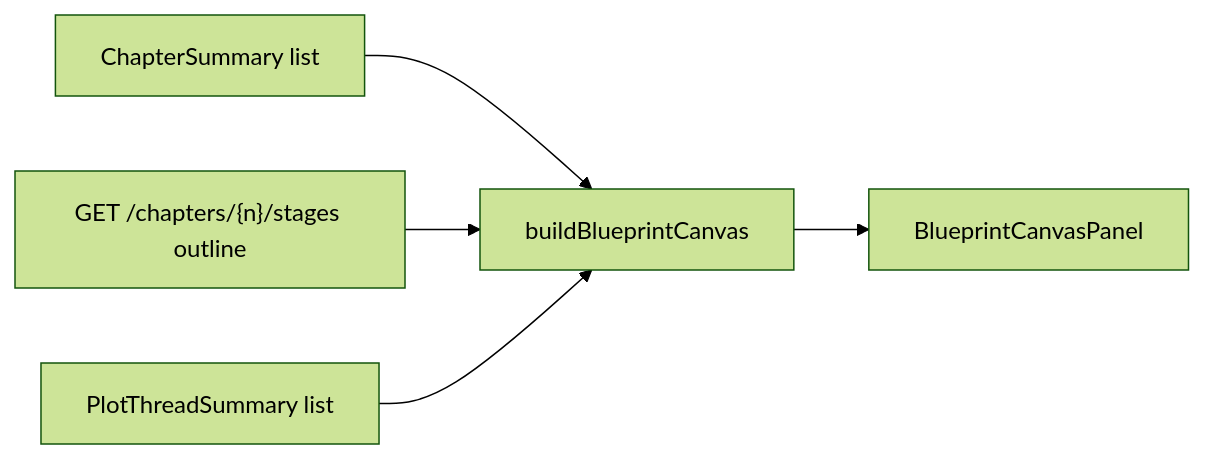
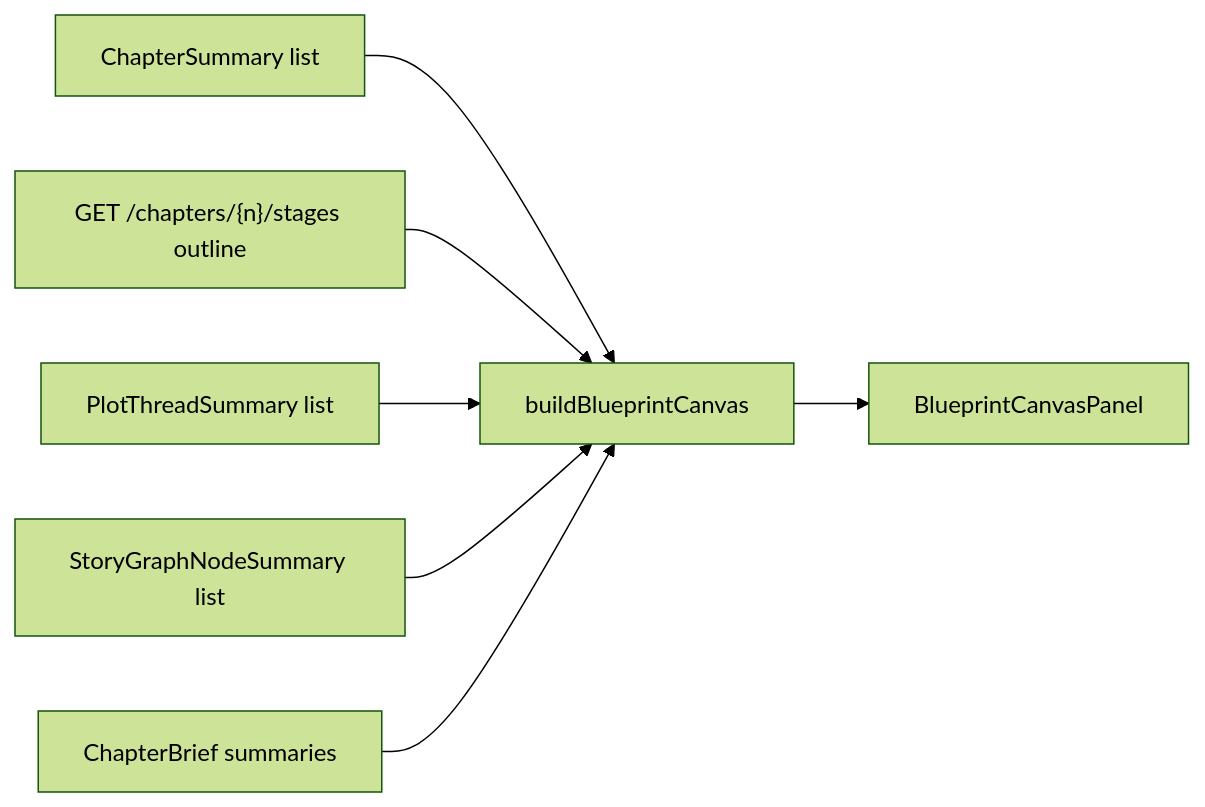
The diagram in app/docs/BLUEPRINT.md (emirikol1/Novel-OS), drawn with Mermaid (forest theme) before and after one commit. The commit also changed other lines of this file and 88 other files, not shown here.

````diff
--- a/app/docs/BLUEPRINT.md
+++ b/app/docs/BLUEPRINT.md
@@ -18,13 +18,17 @@
 ```mermaid
 flowchart LR
     Chapters["ChapterSummary list"]
     Outlines["GET /chapters/{n}/stages outline"]
     Threads["PlotThreadSummary list"]
+    GraphNodes["StoryGraphNodeSummary list"]
+    Briefs["ChapterBrief summaries"]
     Build["buildBlueprintCanvas"]
     Panel["BlueprintCanvasPanel"]
 
     Chapters --> Build
     Outlines --> Build
     Threads --> Build
+    GraphNodes --> Build
+    Briefs --> Build
     Build --> Panel
 ```
````
